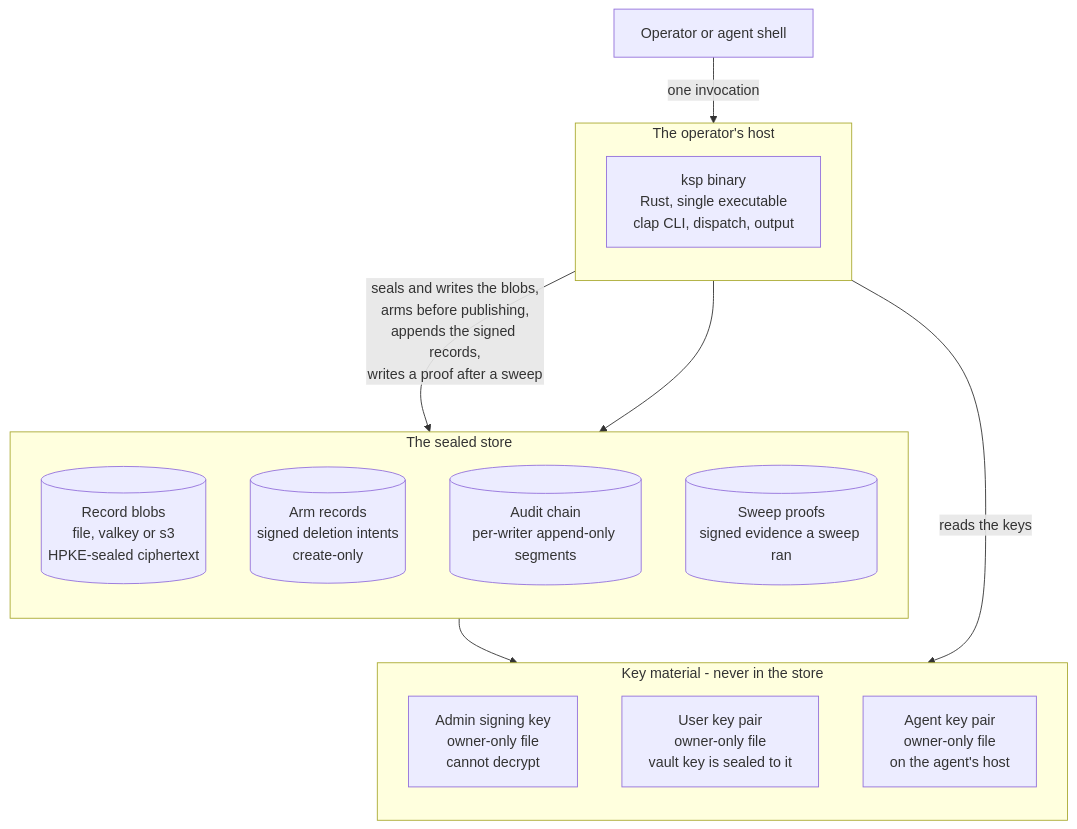
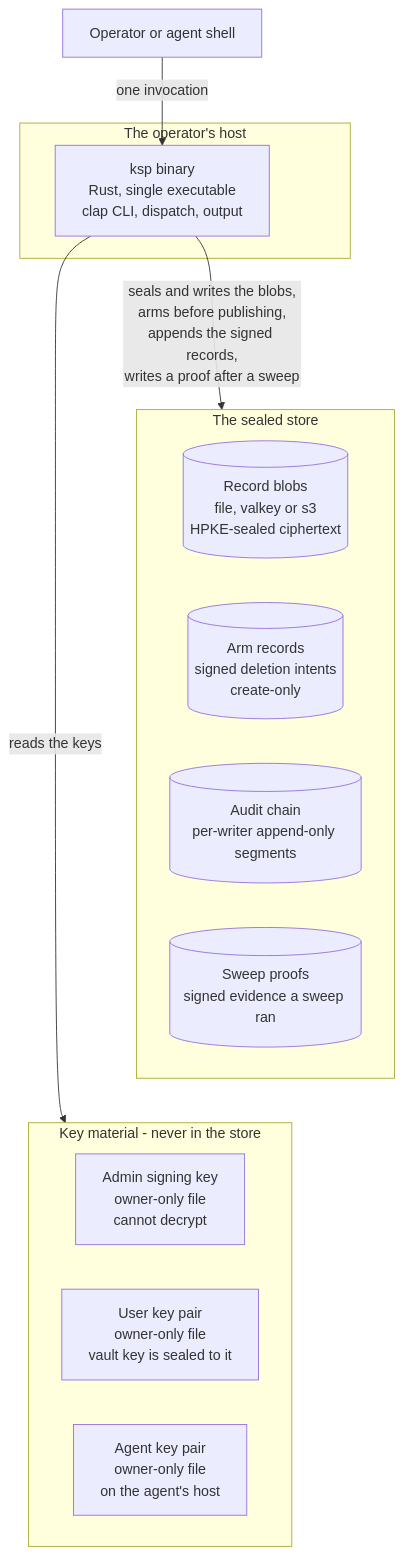
One commit to bruj0/keyspout changed the second of 3 diagrams in site/docs/architecture/overview.md. Above: the diagram before and after it, drawn with Mermaid. The commit also changed other lines of this file and 20 other files, not shown here.

First line of the commit message:
feat(site): pan and zoom the diagrams, and stack them by measurement

````diff
--- a/site/docs/architecture/overview.md
+++ b/site/docs/architecture/overview.md
@@ -55,31 +55,28 @@
 ```mermaid
 flowchart TD
   Client["Operator or agent shell"]
 
   subgraph Host["The operator's host"]
-    direction TB
     BIN["ksp binary<br/>Rust, single executable<br/>clap CLI, dispatch, output"]
   end
 
   subgraph Storage["The sealed store"]
-    direction TB
     BLOBS[("Record blobs<br/>file, valkey or s3<br/>HPKE-sealed ciphertext")]
     ARMS[("Arm records<br/>signed deletion intents<br/>create-only")]
     AUDIT[("Audit chain<br/>per-writer append-only segments")]
     PROOFS[("Sweep proofs<br/>signed evidence a sweep ran")]
   end
 
   subgraph Keys["Key material - never in the store"]
-    direction TB
     ADMINKEY["Admin signing key<br/>owner-only file<br/>cannot decrypt"]
     USERKEY["User key pair<br/>owner-only file<br/>vault key is sealed to it"]
     AGENTKEY["Agent key pair<br/>owner-only file<br/>on the agent's host"]
   end
 
   Client -->|"one invocation"| BIN
   BIN -->|"seals and writes the blobs,<br/>arms before publishing,<br/>appends the signed records,<br/>writes a proof after a sweep"| Storage
   BIN -->|"reads the keys"| Keys
-  Storage --> Keys
-  Host --> Storage
+  Storage ~~~ Keys
+  Host ~~~ Storage
 
 ```
````
